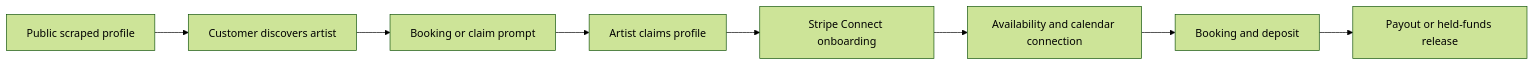
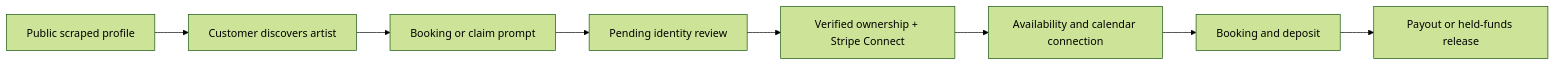
Before and after one commit to samsoncirocco-cmyk/TatT: the second of 2 diagrams in docs/product/customer-journeys.md, drawn with Mermaid (forest theme). The commit also changed other lines of this file and 44 other files, not shown here.

````diff
--- a/docs/product/customer-journeys.md
+++ b/docs/product/customer-journeys.md
@@ -62,10 +62,10 @@
 ```mermaid
 flowchart LR
     A["Public scraped profile"] --> B["Customer discovers artist"]
     B --> C["Booking or claim prompt"]
-    C --> D["Artist claims profile"]
-    D --> E["Stripe Connect onboarding"]
+    C --> D["Pending identity review"]
+    D --> E["Verified ownership + Stripe Connect"]
     E --> F["Availability and calendar connection"]
     F --> G["Booking and deposit"]
     G --> H["Payout or held-funds release"]
 ```
````
